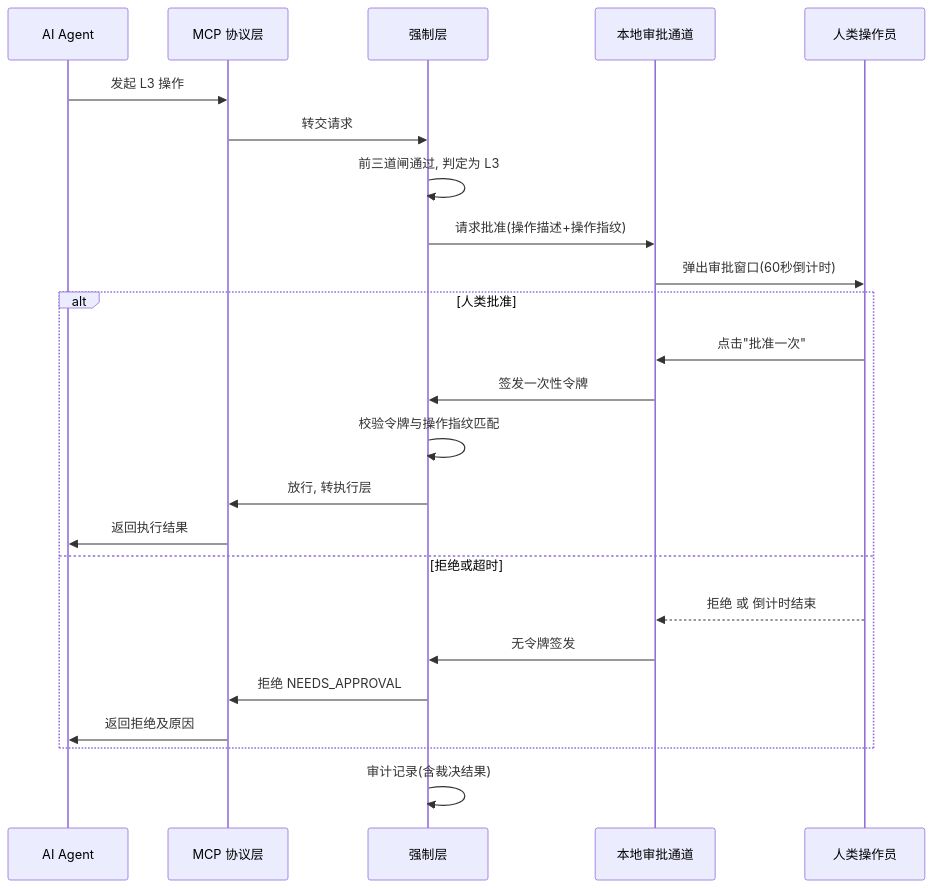
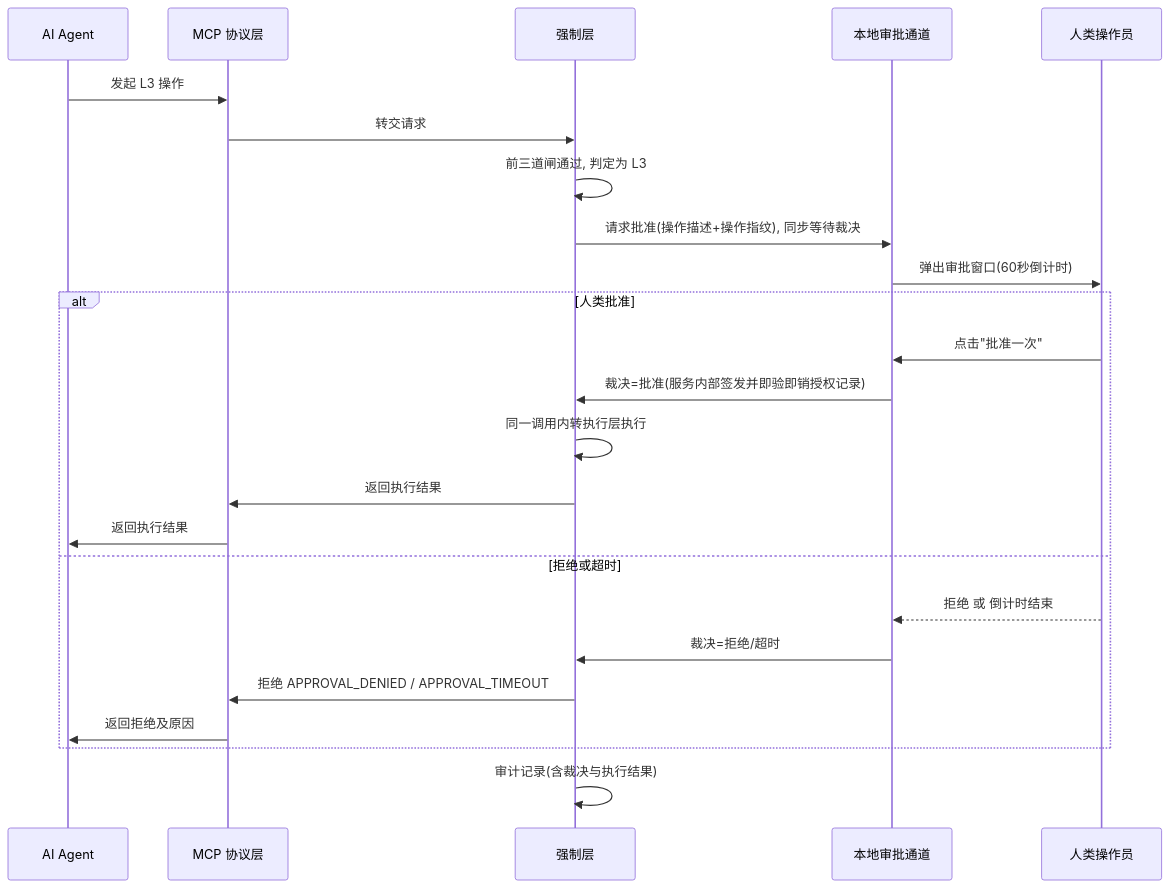
Before and after one commit to Ddfang-sdf/deskpilot: the fifth of 10 diagrams in docs/功能设计说明书.md, drawn with Mermaid. The commit also changed other lines of this file and 26 other files, not shown here.

````diff
--- a/docs/功能设计说明书.md
+++ b/docs/功能设计说明书.md
@@ -226,26 +227,26 @@
 ```mermaid
 sequenceDiagram
     participant AI as AI Agent
     participant M as MCP 协议层
     participant E as 强制层
     participant U as 本地审批通道
     participant H as 人类操作员
     AI->>M: 发起 L3 操作
     M->>E: 转交请求
     E->>E: 前三道闸通过, 判定为 L3
-    E->>U: 请求批准(操作描述+操作指纹)
+    E->>U: 请求批准(操作描述+操作指纹), 同步等待裁决
     U->>H: 弹出审批窗口(60秒倒计时)
     alt 人类批准
         H->>U: 点击"批准一次"
-        U->>E: 签发一次性令牌
-        E->>E: 校验令牌与操作指纹匹配
-        E->>M: 放行, 转执行层
+        U->>E: 裁决=批准(服务内部签发并即验即销授权记录)
+        E->>E: 同一调用内转执行层执行
+        E->>M: 返回执行结果
         M->>AI: 返回执行结果
     else 拒绝或超时
         H-->>U: 拒绝 或 倒计时结束
-        U->>E: 无令牌签发
-        E->>M: 拒绝 NEEDS_APPROVAL
+        U->>E: 裁决=拒绝/超时
+        E->>M: 拒绝 APPROVAL_DENIED / APPROVAL_TIMEOUT
         M->>AI: 返回拒绝及原因
     end
-    E->>E: 审计记录(含裁决结果)
+    E->>E: 审计记录(含裁决与执行结果)
 ```
````
